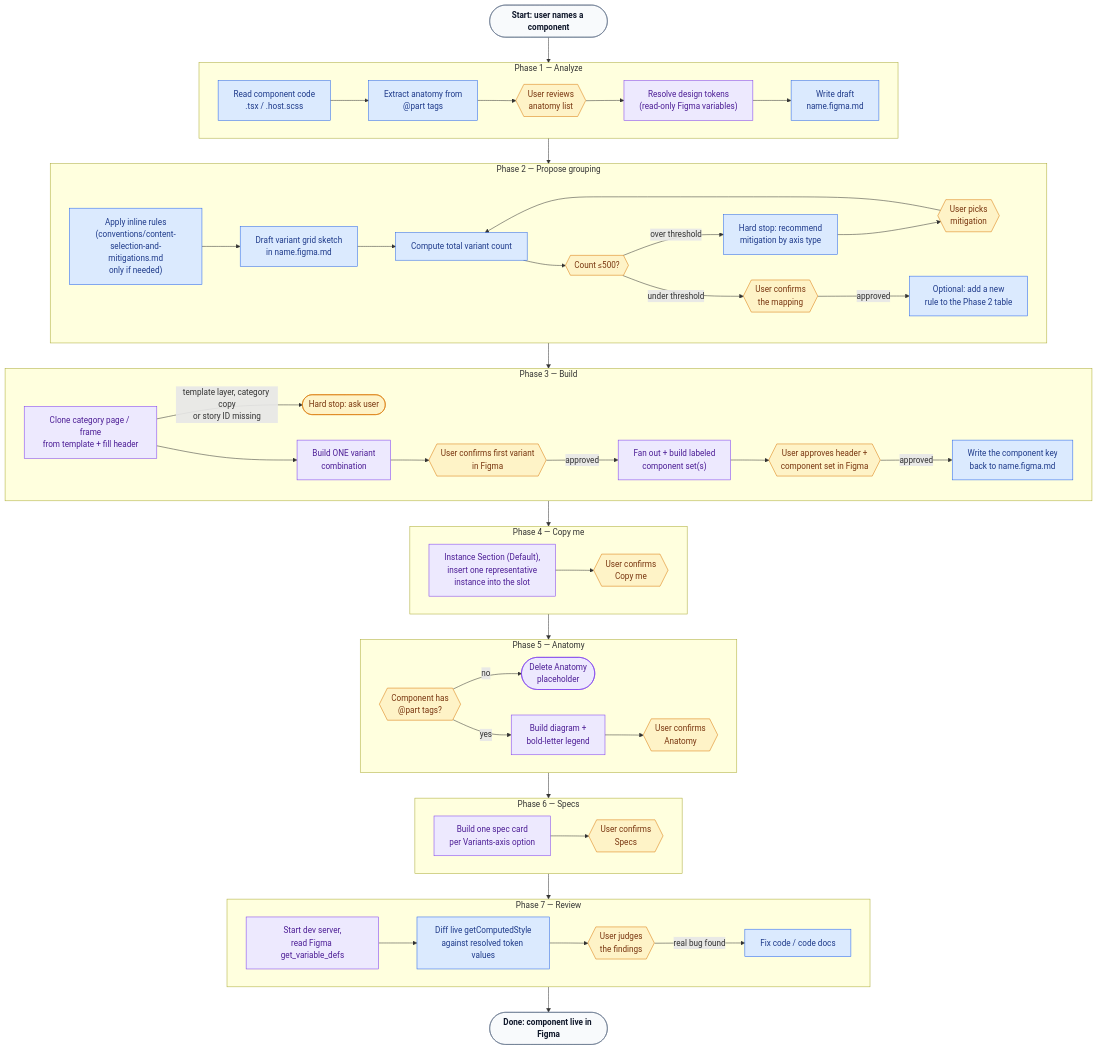
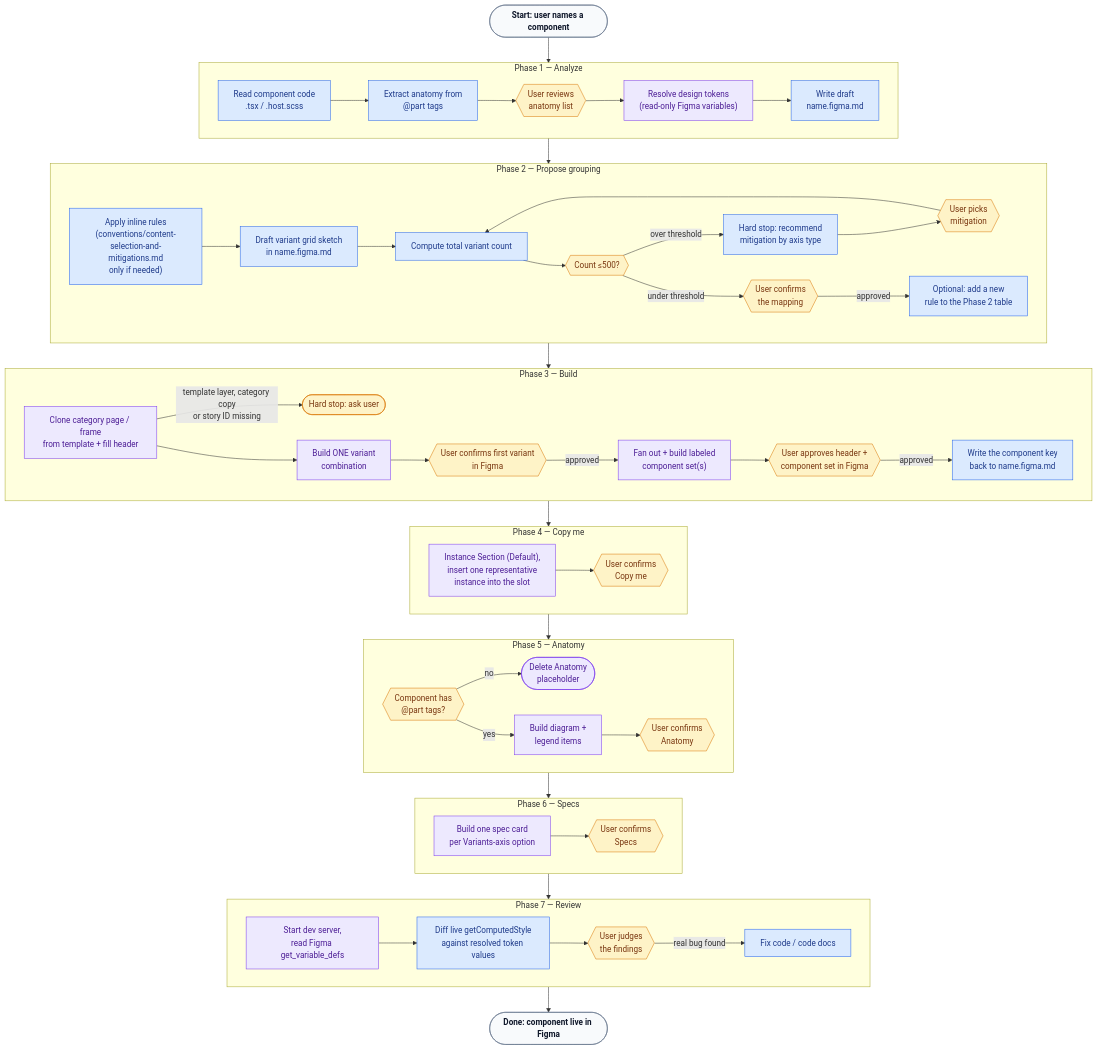
One commit to helvetia-design/design-system changed the diagram in .claude/skills/ds-code-to-figma/SKILL.md. Above: the diagram before and after it, drawn with Mermaid. The commit also changed 7 other files, not shown here.

````diff
--- a/.claude/skills/ds-code-to-figma/SKILL.md
+++ b/.claude/skills/ds-code-to-figma/SKILL.md
@@ -40,77 +40,77 @@
 ```mermaid
 flowchart TD
     classDef code fill:#dbeafe,stroke:#2563eb,color:#1e3a8a
     classDef figma fill:#ede9fe,stroke:#7c3aed,color:#4c1d95
     classDef human fill:#fef3c7,stroke:#d97706,color:#78350f
     classDef phase fill:#f8fafc,stroke:#64748b,color:#0f172a,font-weight:bold
 
     Start(["Start: user names a component"]):::phase --> P1G
 
     subgraph P1G["Phase 1 — Analyze"]
         direction LR
         P1a["Read component code<br/>.tsx / .host.scss"]:::code --> P1anat["Extract anatomy from<br/>@part tags"]:::code
         P1anat --> P1anatC{{"User reviews<br/>anatomy list"}}:::human
         P1anatC --> P1b["Resolve design tokens<br/>(read-only Figma variables)"]:::figma
         P1b --> P1c["Write draft<br/>name.figma.md"]:::code
     end
 
     P1G --> P2G
 
     subgraph P2G["Phase 2 — Propose grouping"]
         direction LR
         P2a["Apply inline rules<br/>(conventions/content-selection-and-mitigations.md<br/>only if needed)"]:::code --> P2b["Draft variant grid sketch<br/>in name.figma.md"]:::code
         P2b --> P2v["Compute total variant count"]:::code
         P2v --> P2check{{"Count ≤500?"}}:::human
         P2check -->|over threshold| P2w["Hard stop: recommend<br/>mitigation by axis type"]:::code
         P2w --> P2x{{"User picks<br/>mitigation"}}:::human
         P2x --> P2v
         P2check -->|under threshold| P2c{{"User confirms<br/>the mapping"}}:::human
         P2c -->|approved| P2d["Optional: add a new<br/>rule to the Phase 2 table"]:::code
     end
 
     P2G --> P3G
 
     subgraph P3G["Phase 3 — Build"]
         direction LR
         P3a["Clone category page / frame<br/>from template + fill header"]:::figma -->|template layer, category copy<br/>or story ID missing| P3h(["Hard stop: ask user"]):::human
         P3a --> P3b["Build ONE variant<br/>combination"]:::figma
         P3b --> P3c{{"User confirms first variant<br/>in Figma"}}:::human
         P3c -->|approved| P3d["Fan out + build labeled<br/>component set(s)"]:::figma
         P3d --> P3f{{"User approves header +<br/>component set in Figma"}}:::human
         P3f -->|approved| P3e["Write the component key<br/>back to name.figma.md"]:::code
     end
 
     P3G --> P4G
 
     subgraph P4G["Phase 4 — Copy me"]
         direction LR
         P4a["Instance Section (Default),<br/>insert one representative<br/>instance into the slot"]:::figma --> P4b{{"User confirms<br/>Copy me"}}:::human
     end
 
     P4G --> P5G
 
     subgraph P5G["Phase 5 — Anatomy"]
         direction LR
         P5a{{"Component has<br/>@part tags?"}}:::human -->|no| P5s(["Delete Anatomy<br/>placeholder"]):::figma
-        P5a -->|yes| P5b["Build diagram +<br/>bold-letter legend"]:::figma
+        P5a -->|yes| P5b["Build diagram +<br/>legend items"]:::figma
         P5b --> P5c{{"User confirms<br/>Anatomy"}}:::human
     end
 
     P5G --> P6G
 
     subgraph P6G["Phase 6 — Specs"]
         direction LR
         P6a["Build one spec card<br/>per Variants-axis option"]:::figma --> P6b{{"User confirms<br/>Specs"}}:::human
     end
 
     P6G --> P7G
 
     subgraph P7G["Phase 7 — Review"]
         direction LR
         P7a["Start dev server,<br/>read Figma get_variable_defs"]:::figma --> P7b["Diff live getComputedStyle<br/>against resolved token values"]:::code
         P7b --> P7c{{"User judges<br/>the findings"}}:::human
         P7c -->|real bug found| P7d["Fix code / code docs"]:::code
     end
 
     P7G --> Done(["Done: component live in Figma"]):::phase
 ```
````
